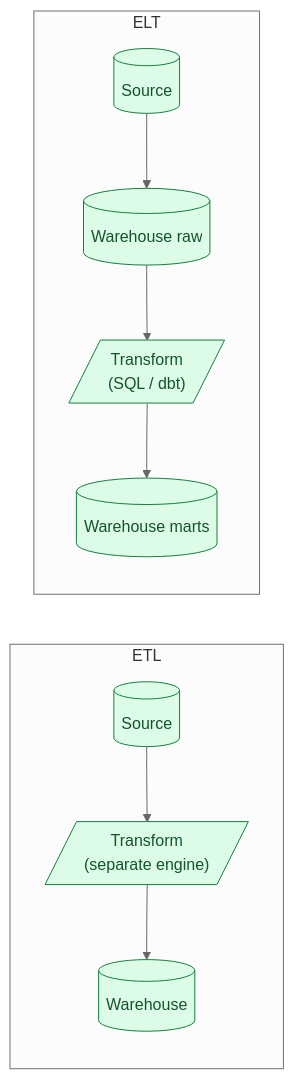
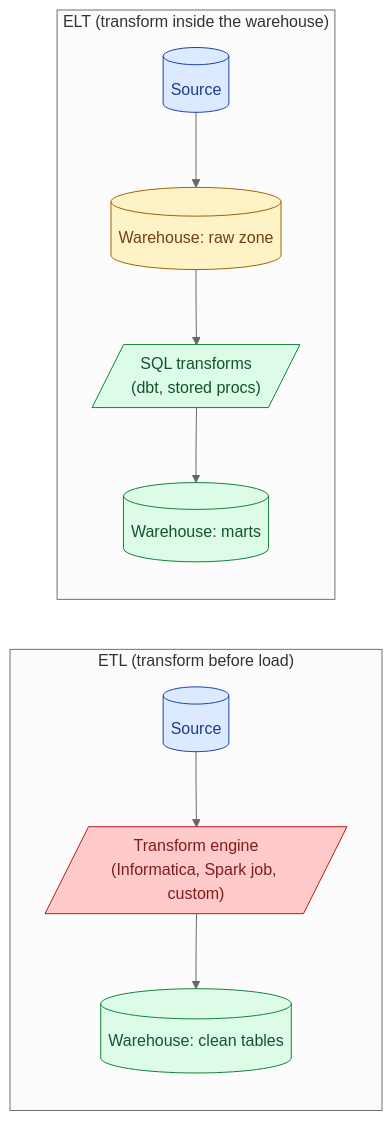
One commit to shiningflash/shiningflash.github.io changed the first of 3 diagrams in _de_concepts/024-etl-vs-elt.md. Above: the diagram before and after it, drawn with Mermaid (neutral theme). The commit also changed other lines of this file and 69 other files, not shown here.

````diff
--- a/_de_concepts/024-etl-vs-elt.md
+++ b/_de_concepts/024-etl-vs-elt.md
@@ -12,12 +14,14 @@
 ```mermaid
 flowchart LR
-    subgraph ETL["ETL"]
-        E1[("Source")] --> T1[/"Transform<br/>(separate engine)"/] --> L1[("Warehouse")]
+    subgraph ETL["ETL (transform before load)"]
+        E1[("Source")]:::a --> T1[/"Transform engine<br/>(Informatica, Spark job, custom)"/]:::r --> L1[("Warehouse: clean tables")]:::g
     end
-    subgraph ELT["ELT"]
-        E2[("Source")] --> L2[("Warehouse raw")] --> T2[/"Transform<br/>(SQL / dbt)"/] --> M2[("Warehouse marts")]
+    subgraph ELT["ELT (transform inside the warehouse)"]
+        E2[("Source")]:::a --> L2[("Warehouse: raw zone")]:::y --> T2[/"SQL transforms<br/>(dbt, stored procs)"/]:::g --> M2[("Warehouse: marts")]:::g
     end
 
-    classDef _ fill:#dcfce7,stroke:#15803d,color:#14532d
-    class E1,T1,L1,E2,L2,T2,M2 _
+    classDef a fill:#dbeafe,stroke:#1e40af,color:#1e3a8a
+    classDef g fill:#dcfce7,stroke:#15803d,color:#14532d
+    classDef y fill:#fef3c7,stroke:#a16207,color:#713f12
+    classDef r fill:#fecaca,stroke:#b91c1c,color:#7f1d1d
 ```
````
